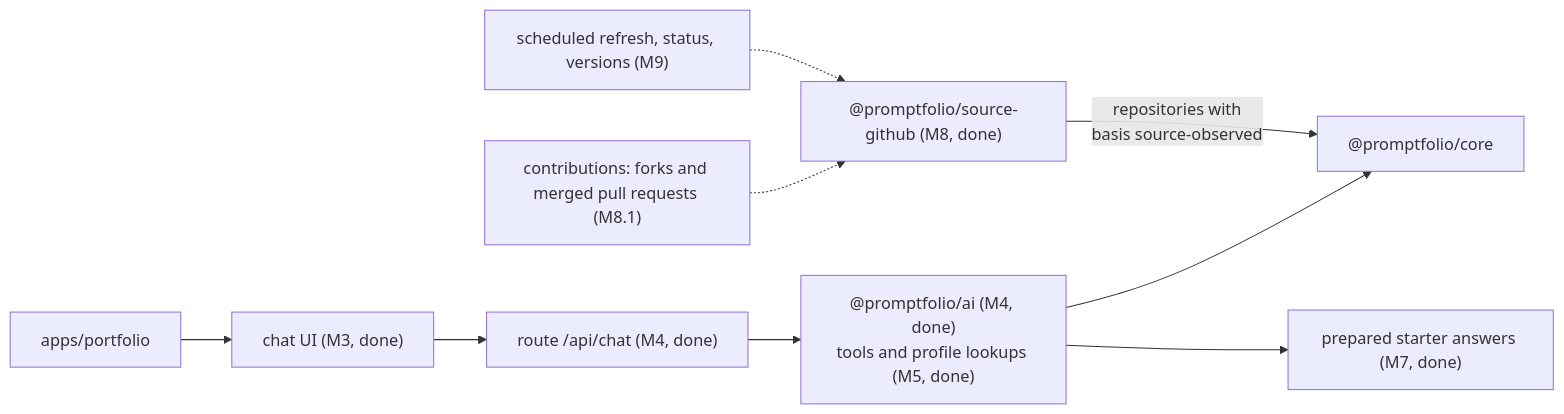
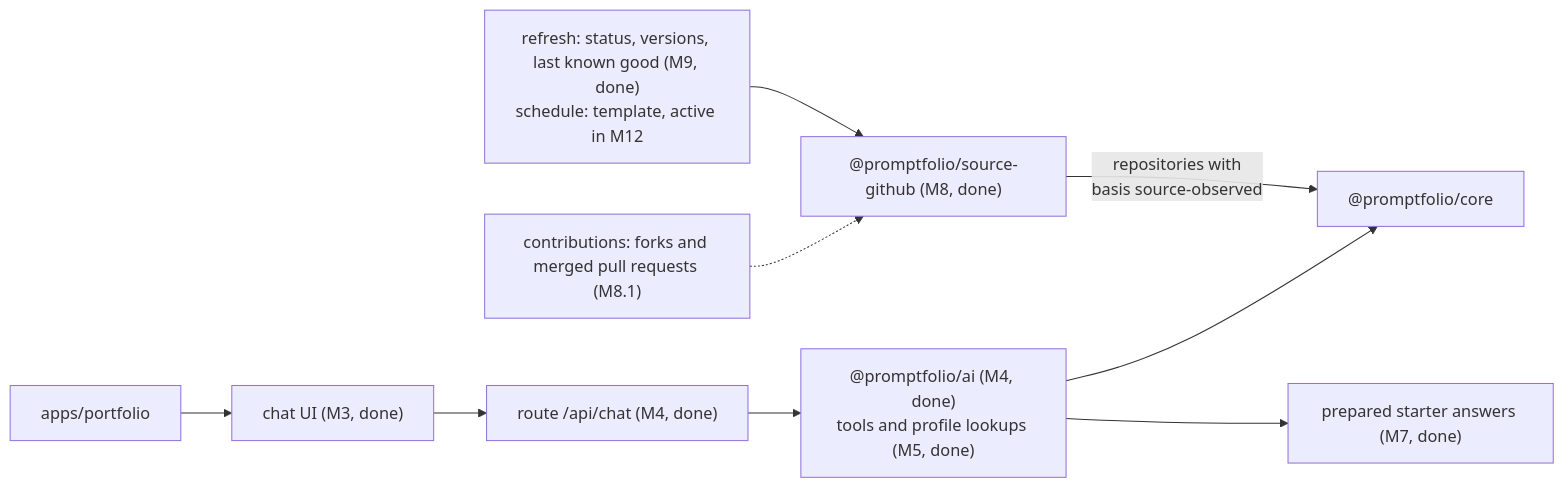
The sixth of 6 diagrams in docs/ARCHITECTURE.md (promptfolios/promptfolio), drawn with Mermaid before and after one commit. The commit also changed other lines of this file and 7 other files, not shown here.

Commit message:
docs: add the M9 plan, ADR 0010 and the scheduled refresh guide

````diff
--- a/docs/ARCHITECTURE.md
+++ b/docs/ARCHITECTURE.md
@@ -275,11 +305,11 @@
 ```mermaid
 flowchart LR
     app["apps/portfolio"] --> ui["chat UI (M3, done)"]
     ui --> route["route /api/chat (M4, done)"]
     route --> ai["@promptfolio/ai (M4, done)<br/>tools and profile lookups (M5, done)"]
     ai --> core["@promptfolio/core"]
     ai --> prepared["prepared starter answers (M7, done)"]
     github["@promptfolio/source-github (M8, done)"] -- "repositories with<br/>basis source-observed" --> core
     contributions["contributions: forks and merged pull requests (M8.1)"] -.-> github
-    refresh["scheduled refresh, status, versions (M9)"] -.-> github
+    refresh["refresh: status, versions, last known good (M9, done)<br/>schedule: template, active in M12"] --> github
 ```
````
